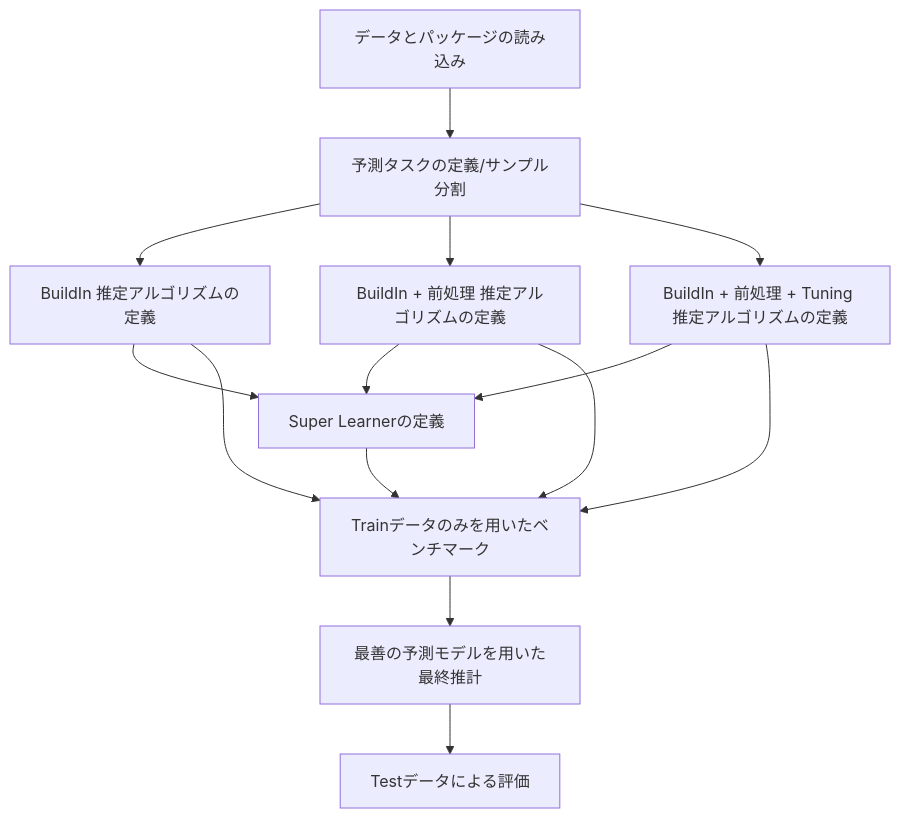
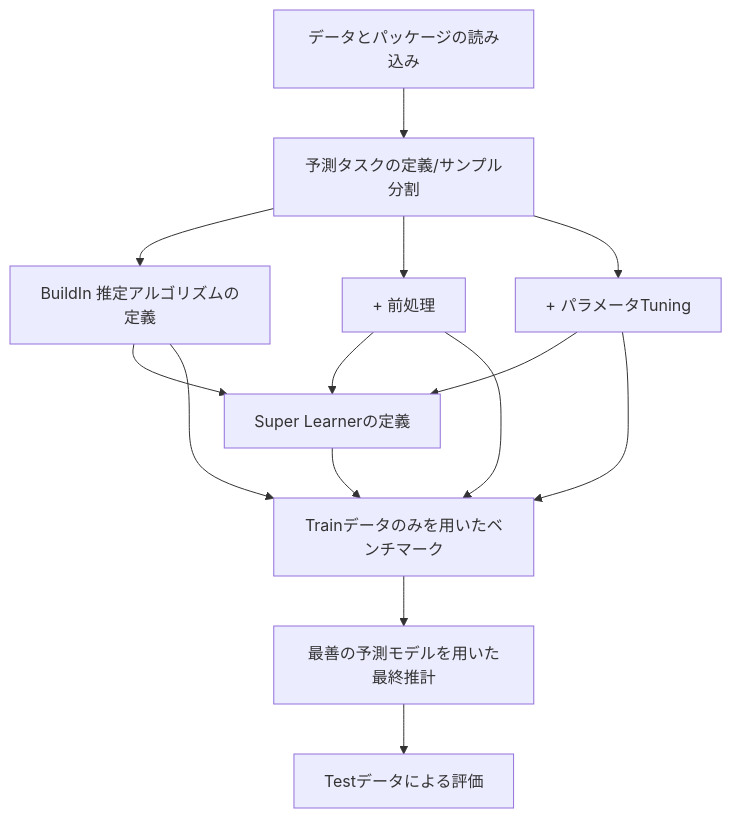
The diagram in Prediction.qmd (tetokawata/BookEmiricalSocialML), drawn with Mermaid before and after one commit. The commit also changed other lines of this file and 22 other files, not shown here.

````diff
--- a/Prediction.qmd
+++ b/Prediction.qmd
@@ -29,16 +29,16 @@
 ```{mermaid}
 flowchart TB
   A[データとパッケージの読み込み] --> B[予測タスクの定義/サンプル分割]
   B --> C1[BuildIn 推定アルゴリズムの定義]
-  B --> C2[BuildIn + 前処理 推定アルゴリズムの定義]
-  B --> C3[BuildIn + 前処理 + Tuning 推定アルゴリズムの定義]
+  B --> C2[+ 前処理]
+  B --> C3[+ パラメータTuning]
   C1 --> C4[Super Learnerの定義]
   C2 --> C4[Super Learnerの定義]
   C3 --> C4[Super Learnerの定義]
   C1 --> D[Trainデータのみを用いたベンチマーク]
   C2 --> D[Trainデータのみを用いたベンチマーク]
   C3 --> D[Trainデータのみを用いたベンチマーク]
   C4 --> D[Trainデータのみを用いたベンチマーク]
   D --> E[最善の予測モデルを用いた最終推計]
   E --> F[Testデータによる評価]
 ```
````
